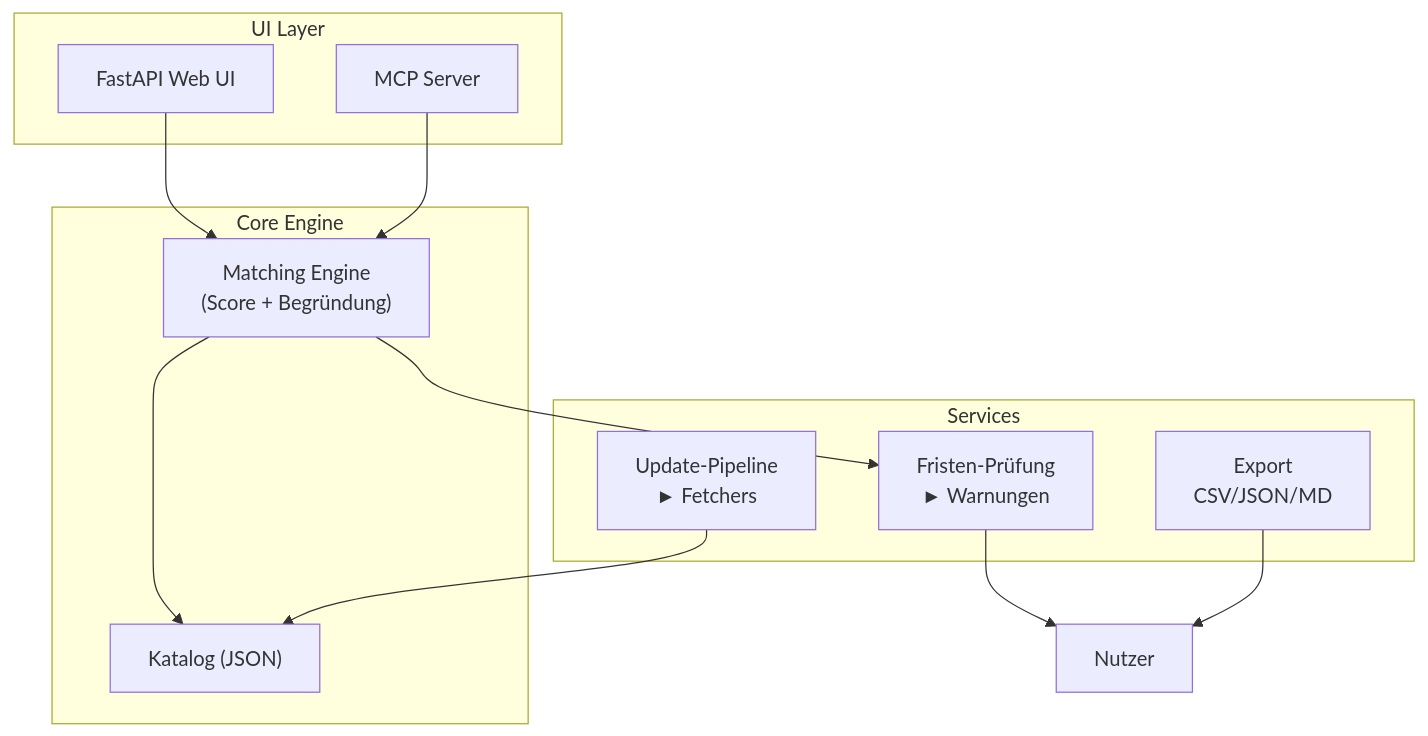
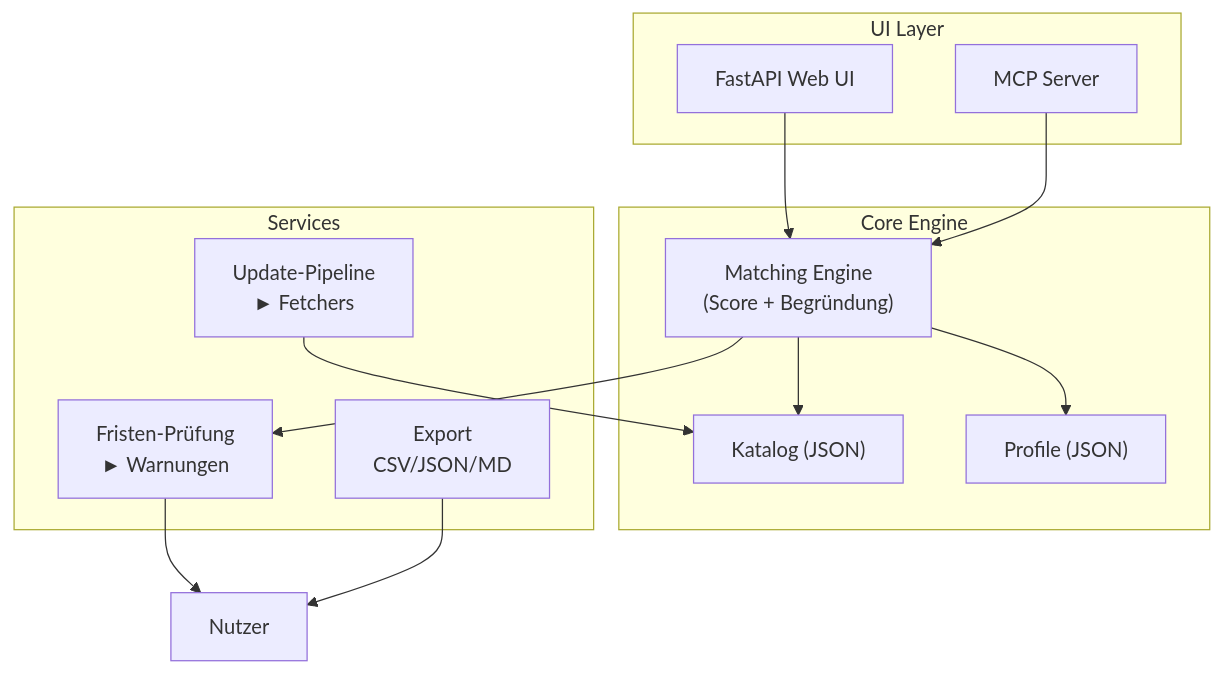
The diagram in README.md (tobias-weiss-ai-xr/grant-intelligence), drawn with Mermaid before and after one commit. The commit also changed other lines of this file and 10 other files, not shown here.

````diff
--- a/README.md
+++ b/README.md
@@ -38,26 +59,28 @@
 ```mermaid
 flowchart TD
     subgraph UI["UI Layer"]
         A["FastAPI Web UI"]
         B["MCP Server"]
     end
-    
+
     subgraph CORE["Core Engine"]
         C["Matching Engine\n(Score + Begründung)"]
         D["Katalog (JSON)"]
+        E["Profile (JSON)"]
     end
-    
+
     subgraph SERVICES["Services"]
-        E["Fristen-Prüfung\n► Warnungen"]
-        F["Update-Pipeline\n► Fetchers"]
-        G["Export\nCSV/JSON/MD"]
+        F["Fristen-Prüfung\n► Warnungen"]
+        G["Update-Pipeline\n► Fetchers"]
+        H["Export\nCSV/JSON/MD"]
     end
-    
+
     A --> C
     B --> C
     C --> D
     C --> E
-    F --> D
-    E --> H["Nutzer"]
-    G --> H
+    C --> F
+    G --> D
+    F --> I["Nutzer"]
+    H --> I
 ```
````
